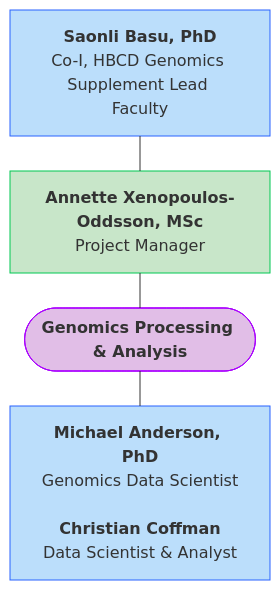
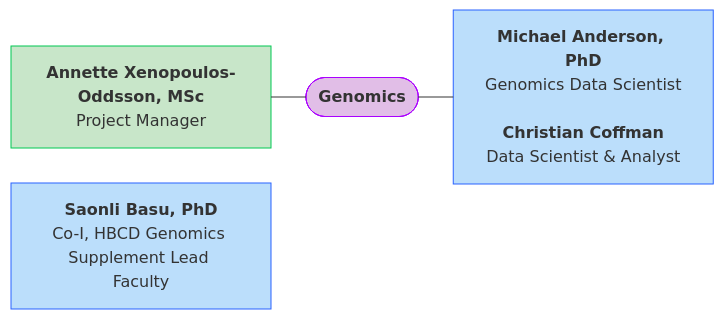
One commit to DCAN-Labs/hbcd-docs-internal changed the tenth of 12 diagrams in docs/orgcharts.md. Above: the diagram before and after it, drawn with Mermaid. The commit also changed other lines of this file, not shown here.

````diff
--- a/docs/orgcharts.md
+++ b/docs/orgcharts.md
@@ -389,14 +389,14 @@
 ```mermaid
 ---
 config:
   layout: elk
 ---
-flowchart TB
-    B["<b>Annette Xenopoulos-Oddsson, MSc</b><br>Project Manager"] --- n3(["<b>Genomics Processing &amp; Analysis</b>"])
+flowchart LR
+    B["<b>Annette Xenopoulos-Oddsson, MSc</b><br>Project Manager"] --- n3(["<b>Genomics</b>"])
     n3 --- G["<b>Michael Anderson, PhD</b><br>Genomics Data Scientist<br><br><b>Christian Coffman</b><br>Data Scientist &amp; Analyst"]
-    E["<b>Saonli Basu, PhD</b><br>Co-I, HBCD Genomics Supplement Lead Faculty"] --- B
+    E["<b>Saonli Basu, PhD</b><br>Co-I, HBCD Genomics Supplement Lead Faculty"]
     style B fill:#C8E6C9,stroke:#00C853
     style n3 fill:#E1BEE7,stroke:#AA00FF
     style G fill:#BBDEFB,stroke:#2962FF
     style E fill:#BBDEFB,stroke:#2962FF
 ```
````
